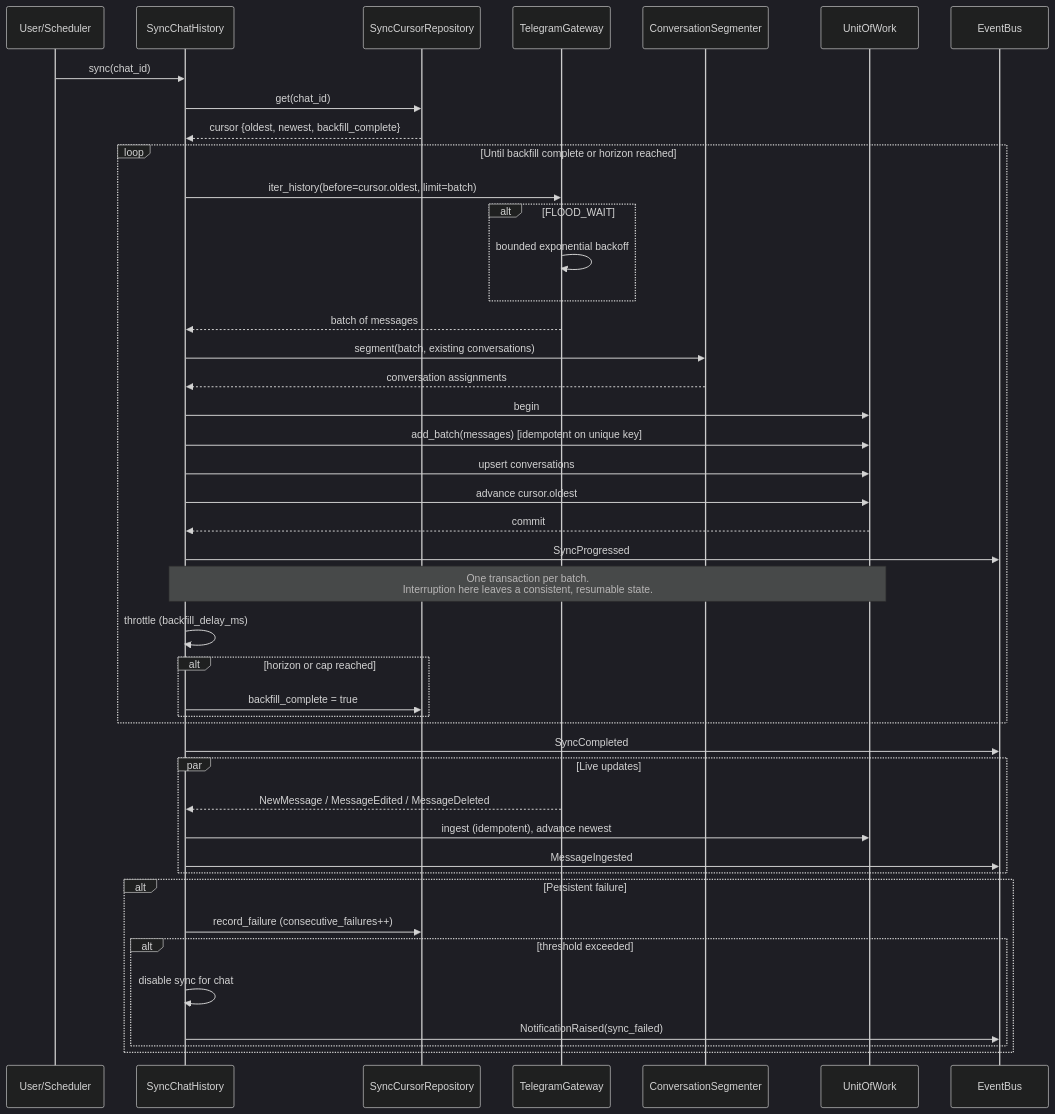
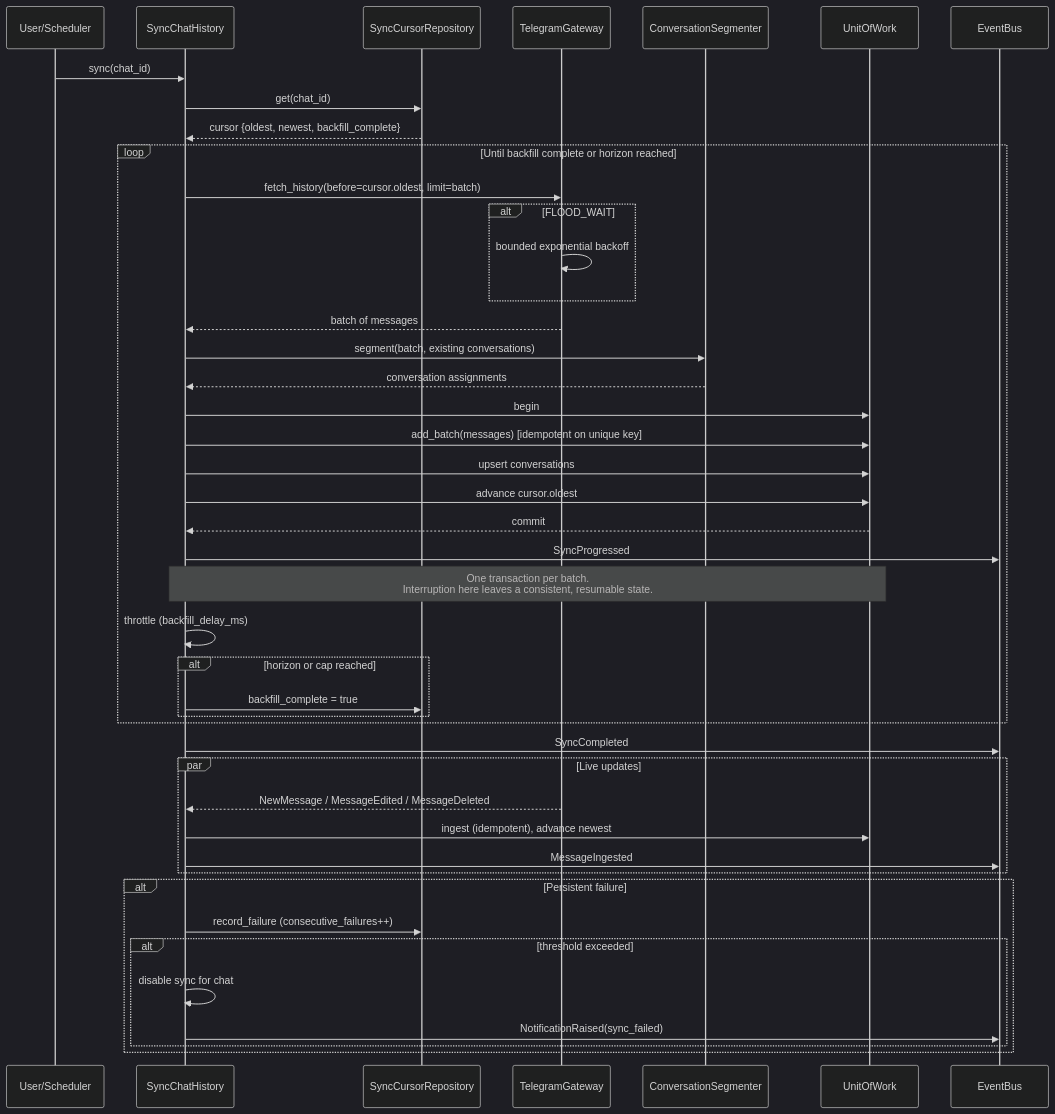
One commit to WebDeveloper0315/TelegramChatHelper changed the sixth of 9 diagrams in docs/MASTER_ARCHITECTURE.md. Above: the diagram before and after it, drawn with Mermaid (dark theme). The commit also changed 45 other files, not shown here.

````diff
--- a/docs/MASTER_ARCHITECTURE.md
+++ b/docs/MASTER_ARCHITECTURE.md
@@ -383,55 +383,55 @@
 ```mermaid
 sequenceDiagram
     participant U as User/Scheduler
     participant SC as SyncChatHistory
     participant CUR as SyncCursorRepository
     participant GW as TelegramGateway
     participant SEG as ConversationSegmenter
     participant UOW as UnitOfWork
     participant BUS as EventBus
 
     U->>SC: sync(chat_id)
     SC->>CUR: get(chat_id)
     CUR-->>SC: cursor {oldest, newest, backfill_complete}
 
     loop Until backfill complete or horizon reached
-        SC->>GW: iter_history(before=cursor.oldest, limit=batch)
+        SC->>GW: fetch_history(before=cursor.oldest, limit=batch)
         alt FLOOD_WAIT
             GW->>GW: bounded exponential backoff
         end
         GW-->>SC: batch of messages
 
         SC->>SEG: segment(batch, existing conversations)
         SEG-->>SC: conversation assignments
 
         SC->>UOW: begin
         SC->>UOW: add_batch(messages)  [idempotent on unique key]
         SC->>UOW: upsert conversations
         SC->>UOW: advance cursor.oldest
         UOW-->>SC: commit
         SC->>BUS: SyncProgressed
 
         Note over SC,UOW: One transaction per batch.<br/>Interruption here leaves a consistent, resumable state.
 
         SC->>SC: throttle (backfill_delay_ms)
         alt horizon or cap reached
             SC->>CUR: backfill_complete = true
         end
     end
 
     SC->>BUS: SyncCompleted
 
     par Live updates
         GW-->>SC: NewMessage / MessageEdited / MessageDeleted
         SC->>UOW: ingest (idempotent), advance newest
         SC->>BUS: MessageIngested
     end
 
     alt Persistent failure
         SC->>CUR: record_failure (consecutive_failures++)
         alt threshold exceeded
             SC->>SC: disable sync for chat
             SC->>BUS: NotificationRaised(sync_failed)
         end
     end
 ```
````
